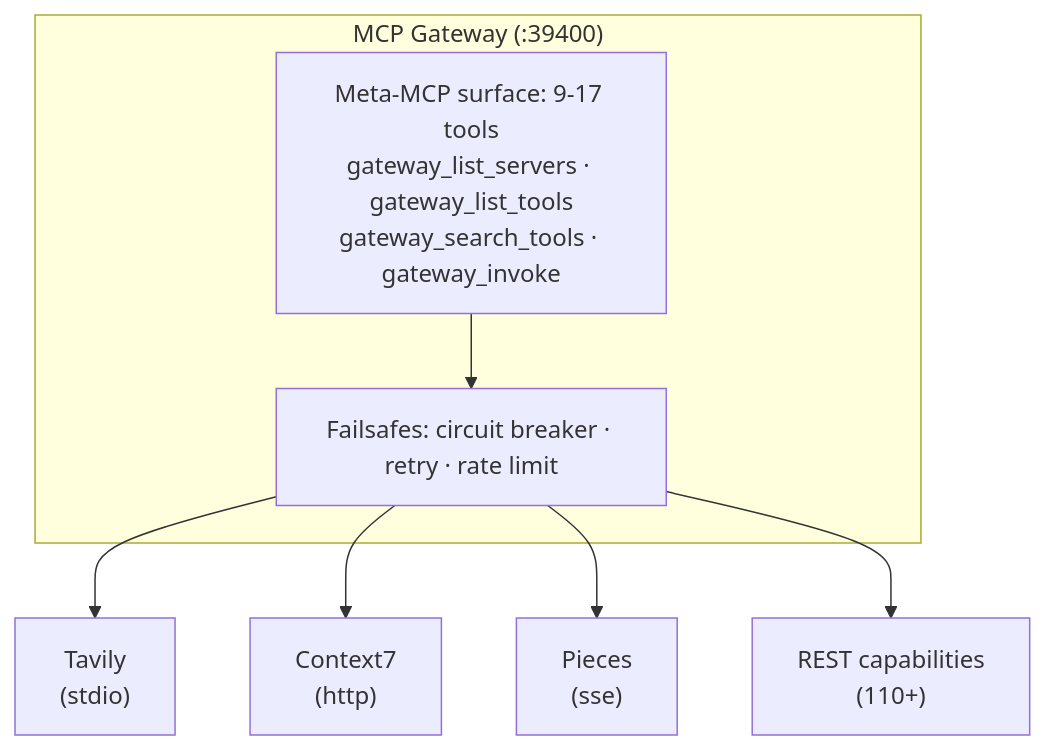
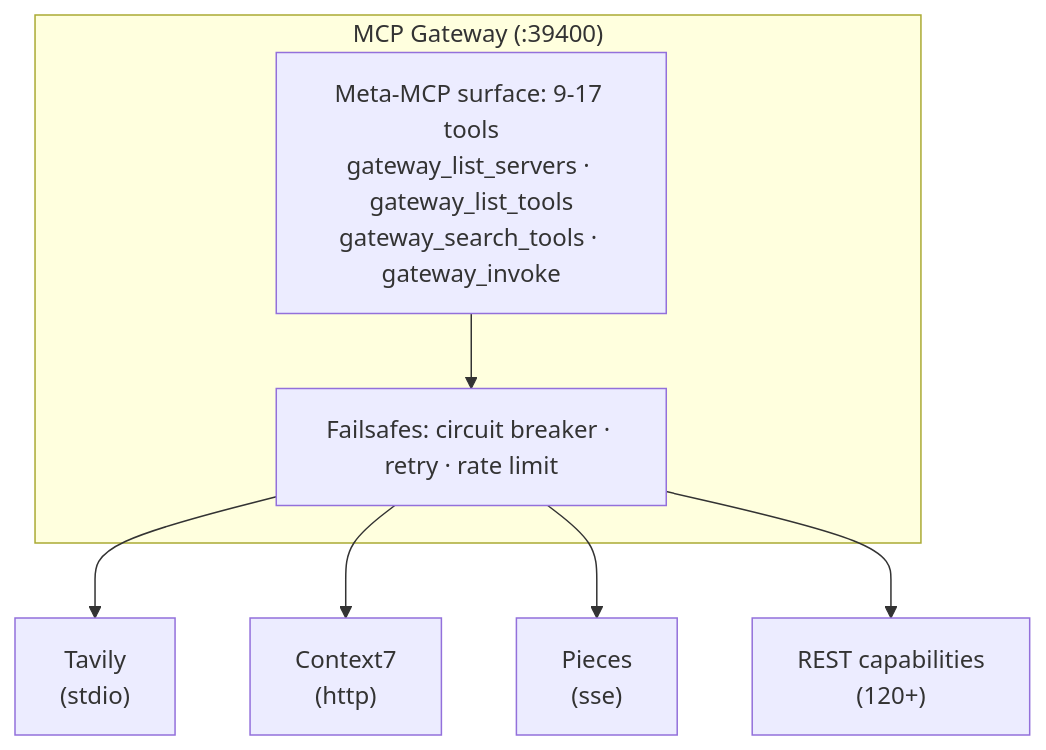
The second of 2 diagrams in README.md (MikkoParkkola/mcp-gateway), drawn with Mermaid before and after one commit. The commit also changed other lines of this file and 6 other files, not shown here.

````diff
--- a/README.md
+++ b/README.md
@@ -348,12 +348,12 @@
 ```mermaid
 flowchart TB
     subgraph GW["MCP Gateway (:39400)"]
         META["Meta-MCP surface: 9-17 tools<br/>gateway_list_servers · gateway_list_tools<br/>gateway_search_tools · gateway_invoke"]
         FS["Failsafes: circuit breaker · retry · rate limit"]
         META --> FS
     end
     FS --> B1["Tavily<br/>(stdio)"]
     FS --> B2["Context7<br/>(http)"]
     FS --> B3["Pieces<br/>(sse)"]
-    FS --> B4["REST capabilities<br/>(110+)"]
+    FS --> B4["REST capabilities<br/>(120+)"]
 ```
````
